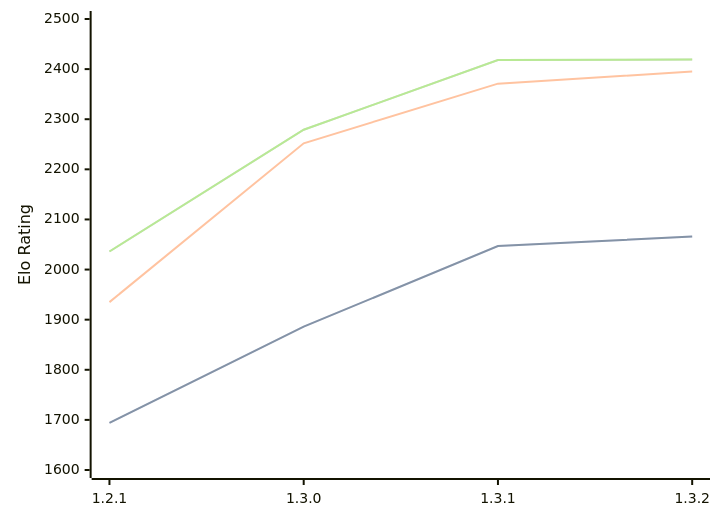
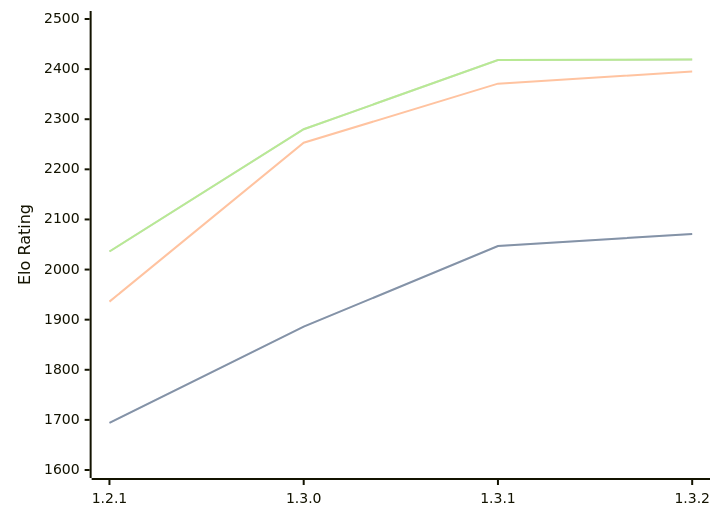
One commit to computer-chess-index/cci changed the diagram in engines/Chal.md. Above: the diagram before and after it, drawn with Mermaid. The commit also changed other lines of this file, not shown here.

Commit message:
Update CCI Ratings (ELO VLTC) - 2026-03-27

````diff
--- a/engines/Chal.md
+++ b/engines/Chal.md
@@ -37,11 +37,11 @@
 ```mermaid
 %%{init: {"theme":"base","themeVariables":{"seriesColors:['#a3a3a3','#222221','#faa371']}}}%%
 xychart-beta
   x-axis ["1.2.1", "1.3.0", "1.3.1", "1.3.2"]
   y-axis "Elo Rating" 1600 --> 2500
-  line "STC (8.0+0.08s)" [1694, 1886, 2047, 2066]
-  line "STC (8.0+0.08s)" [1694, 1886, 2047, 2066]
-  line "LTC (60.0+0.60s)" [1935, 2252, 2371, 2395]
-  line "VLTC (2m24s+1.12s)" [2036, 2279, 2418, 2419]
-  line "VLTC (2m24s+1.12s)" [2036, 2279, 2418, 2419]
+  line "STC (8.0+0.08s)" [1694, 1886, 2047, 2071]
+  line "STC (8.0+0.08s)" [1694, 1886, 2047, 2071]
+  line "LTC (60.0+0.60s)" [1936, 2253, 2371, 2395]
+  line "VLTC (2m24s+1.12s)" [2036, 2280, 2418, 2419]
+  line "VLTC (2m24s+1.12s)" [2036, 2280, 2418, 2419]
 ```
````
